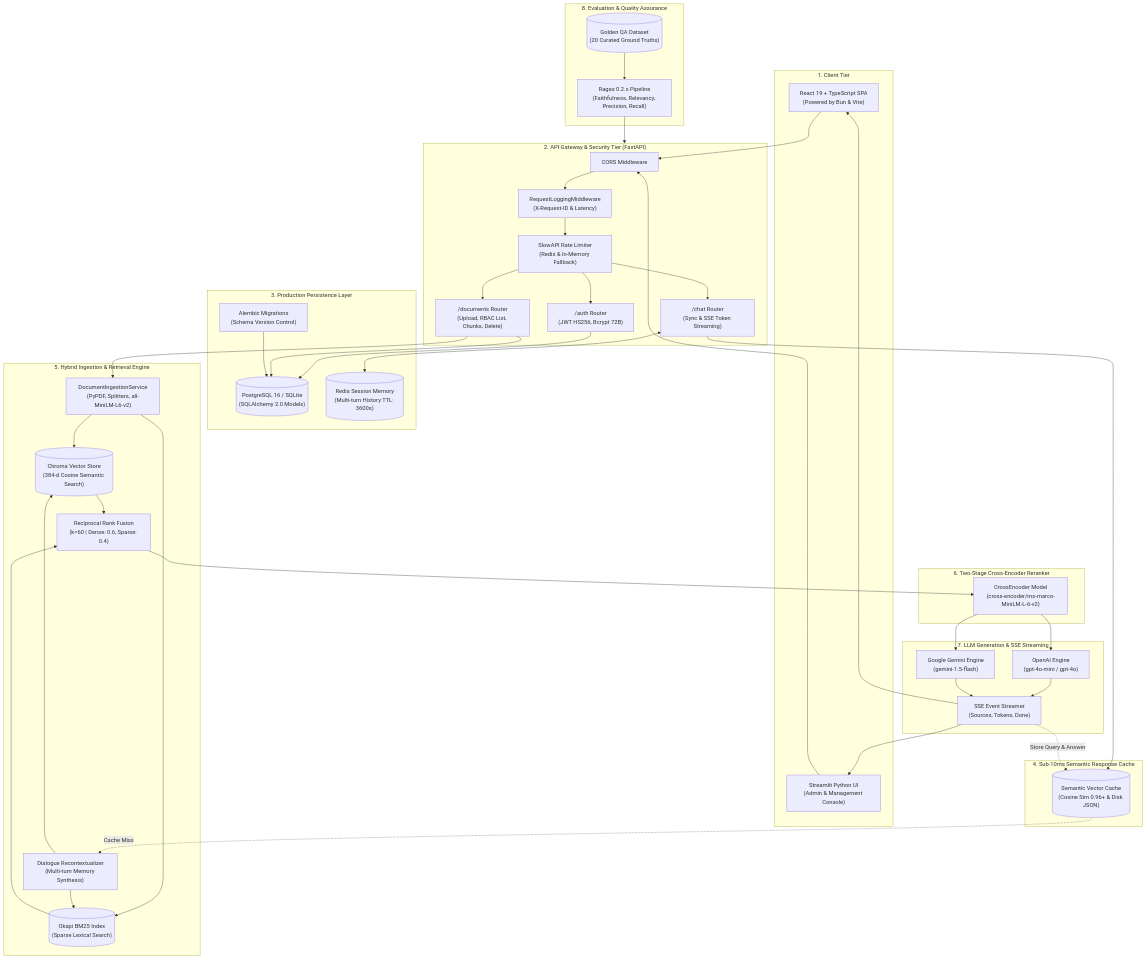
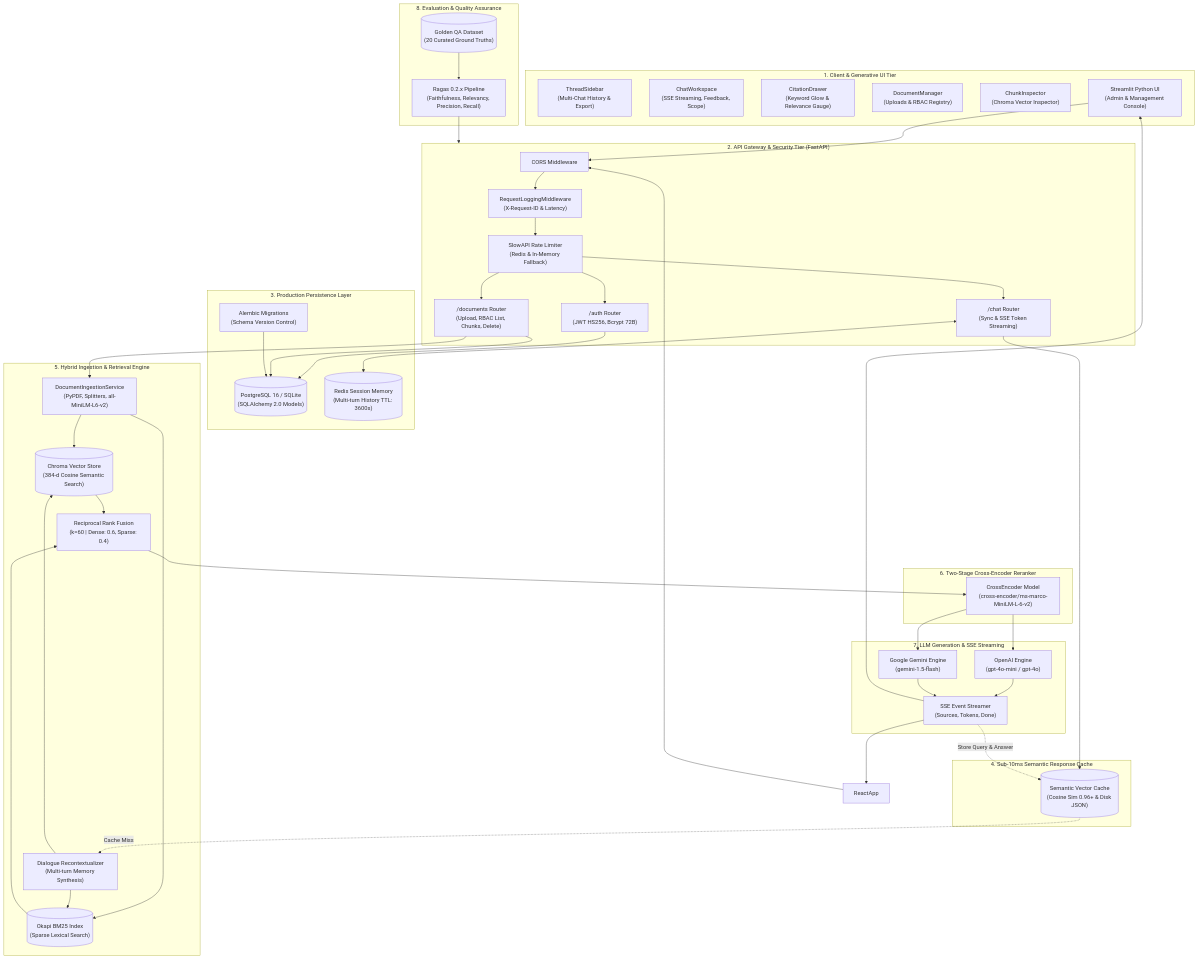
Before and after one commit to faizan-7890/SecureRAG: the first of 3 diagrams in ARCHITECTURE.md, drawn with Mermaid. The commit also changed other lines of this file and 1 other file, not shown here.

Commit message:
docs(architecture): update to v4 blueprint with generative UI architecture diagram

````diff
--- a/ARCHITECTURE.md
+++ b/ARCHITECTURE.md
@@ -14,8 +14,12 @@
 ```mermaid
 flowchart TD
     %% ── 1. Client Tier ──
-    subgraph ClientTier ["1. Client Tier"]
-        ReactApp["React 19 + TypeScript SPA<br/>(Powered by Bun & Vite)"]
+    subgraph ClientTier ["1. Client & Generative UI Tier"]
+        ThreadSidebar["ThreadSidebar<br/>(Multi-Chat History & Export)"]
+        ChatWorkspace["ChatWorkspace<br/>(SSE Streaming, Feedback, Scope)"]
+        CitationDrawer["CitationDrawer<br/>(Keyword Glow & Relevance Gauge)"]
+        DocManager["DocumentManager<br/>(Uploads & RBAC Registry)"]
+        ChunkInspector["ChunkInspector<br/>(Chroma Vector Inspector)"]
         StreamlitApp["Streamlit Python UI<br/>(Admin & Management Console)"]
     end
 
````
